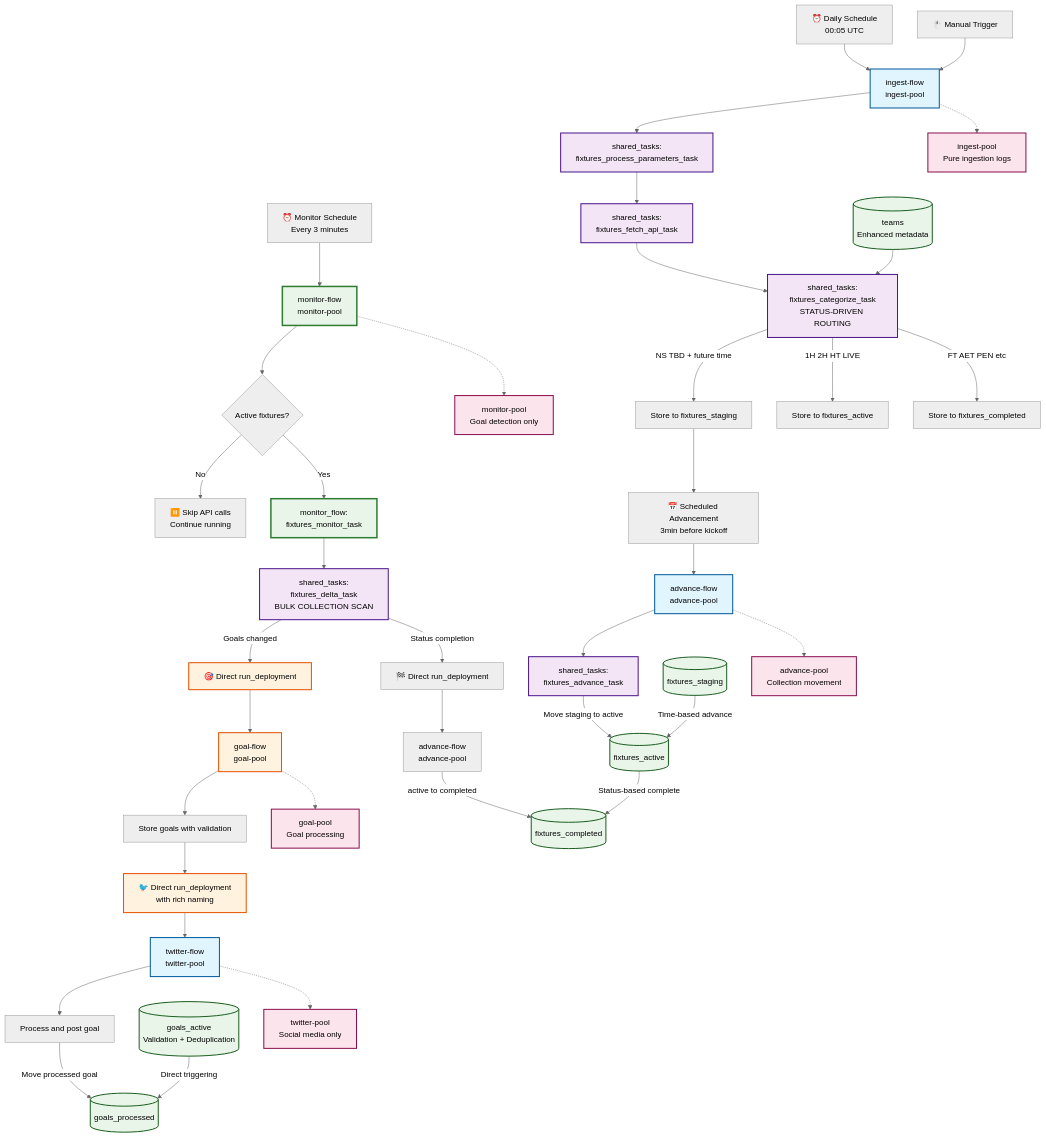
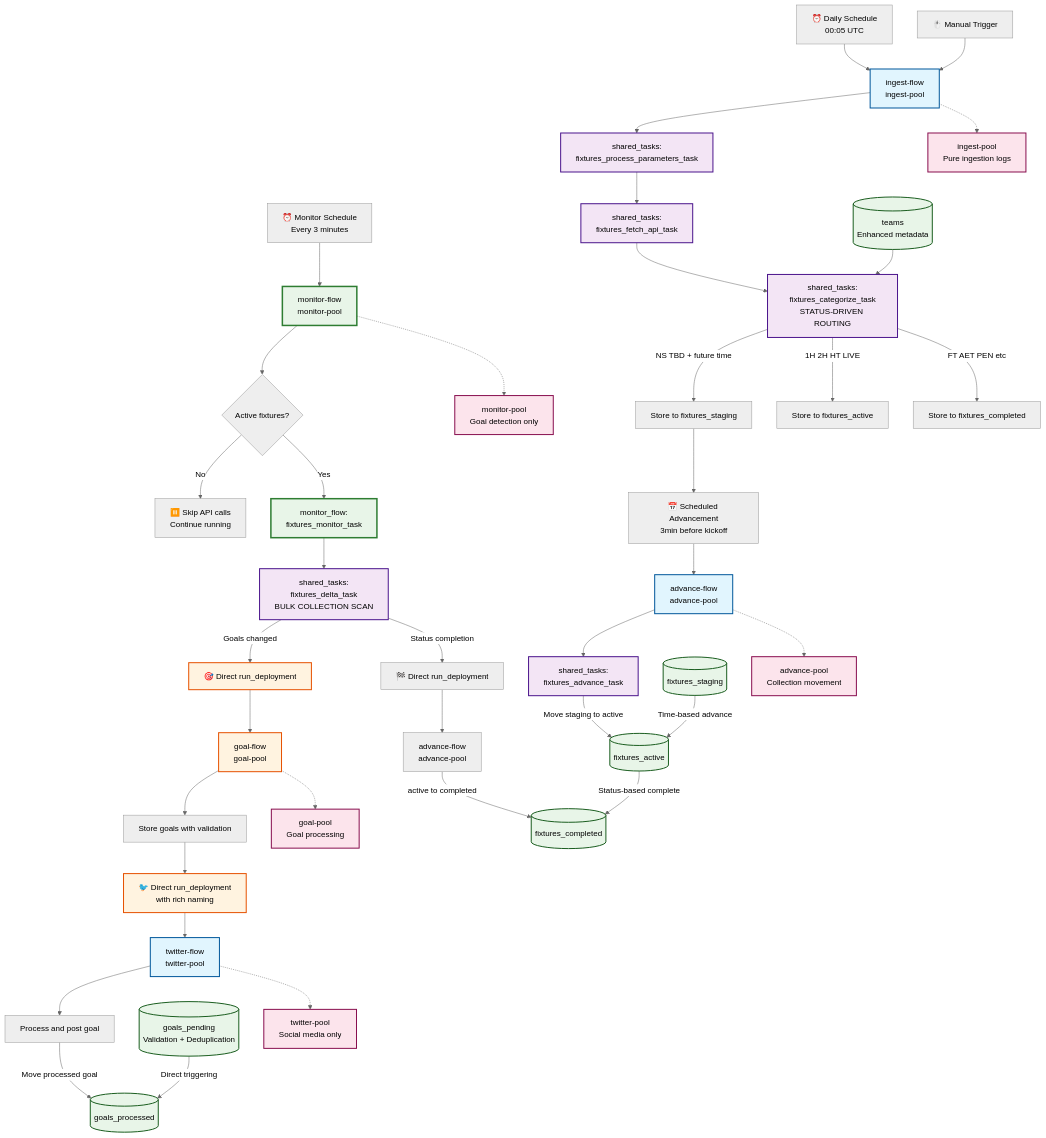
One commit to vedantadhobley/found-footy changed the first of 2 diagrams in README.md. Above: the diagram before and after it, drawn with Mermaid (neutral theme). The commit also changed other lines of this file and 4 other files, not shown here.

Commit message:
Cleanup for new flow pattern.

````diff
--- a/README.md
+++ b/README.md
@@ -21,70 +21,70 @@
 ```mermaid
 graph TB
     %% External Triggers
     Daily[⏰ Daily Schedule<br/>00:05 UTC] --> IF[ingest-flow<br/>ingest-pool]
     Monitor[⏰ Monitor Schedule<br/>Every 3 minutes] --> MF[monitor-flow<br/>monitor-pool]
     Manual[🖱️ Manual Trigger] --> IF
     
     %% Ingest Flow Domain - Status-Based Routing
     IF --> ST1[shared_tasks:<br/>fixtures_process_parameters_task]
     ST1 --> ST2[shared_tasks:<br/>fixtures_fetch_api_task]
     ST2 --> ST3[shared_tasks:<br/>fixtures_categorize_task<br/>STATUS-DRIVEN ROUTING]
     ST3 --> |NS TBD + future time| STAGING[Store to fixtures_staging]
     ST3 --> |1H 2H HT LIVE| ACTIVE[Store to fixtures_active]
     ST3 --> |FT AET PEN etc| COMPLETED[Store to fixtures_completed]
     
     %% Advance Flow Domain
     STAGING --> SCHED[📅 Scheduled Advancement<br/>3min before kickoff]
     SCHED --> AF[advance-flow<br/>advance-pool]
     AF --> ST4[shared_tasks:<br/>fixtures_advance_task]
     ST4 --> |Move staging to active| FA[(fixtures_active)]
     
     %% Monitor Flow Domain - Dedicated Pool
     MF --> CHECK{Active fixtures?}
     CHECK -->|No| SKIP[⏸️ Skip API calls<br/>Continue running]
     CHECK -->|Yes| MT[monitor_flow:<br/>fixtures_monitor_task]
     MT --> ST5[shared_tasks:<br/>fixtures_delta_task<br/>BULK COLLECTION SCAN]
     ST5 --> |Goals changed| GOAL_TRIGGER[🎯 Direct run_deployment]
     ST5 --> |Status completion| COMP_TRIGGER[🏁 Direct run_deployment]
     
     %% Goal Flow Domain - Direct Triggering
     GOAL_TRIGGER --> GF[goal-flow<br/>goal-pool]
     GF --> STORE_GOAL[Store goals with validation]
     STORE_GOAL --> TWITTER_TRIGGER[🐦 Direct run_deployment<br/>with rich naming]
     
     %% Twitter Flow Domain
     TWITTER_TRIGGER --> TF[twitter-flow<br/>twitter-pool]
     TF --> PROCESS[Process and post goal]
     PROCESS --> |Move processed goal| GP[(goals_processed)]
     
     %% Completion Flow
     COMP_TRIGGER --> AF2[advance-flow<br/>advance-pool]
     AF2 --> |active to completed| FC[(fixtures_completed)]
     
     %% Data Collections
     FS[(fixtures_staging)] --> |Time-based advance| FA
     FA --> |Status-based complete| FC
-    GA[(goals_active<br/>Validation + Deduplication)] --> |Direct triggering| GP
+    GA[(goals_pending<br/>Validation + Deduplication)] --> |Direct triggering| GP
     TS[(teams<br/>Enhanced metadata)] --> ST3
     
     %% Worker Pool Isolation with Clear Logs
     IF -.-> POOL1[ingest-pool<br/>Pure ingestion logs]
     MF -.-> POOL2[monitor-pool<br/>Goal detection only]
     AF -.-> POOL3[advance-pool<br/>Collection movement]
     GF -.-> POOL4[goal-pool<br/>Goal processing]
     TF -.-> POOL5[twitter-pool<br/>Social media only]
     
     classDef ingest fill:#e1f5fe,stroke:#01579b,stroke-width:2px,color:#000
     classDef monitor fill:#e8f5e8,stroke:#2e7d32,stroke-width:3px,color:#000
     classDef goal fill:#fff3e0,stroke:#e65100,stroke-width:2px,color:#000
     classDef shared fill:#f3e5f5,stroke:#4a148c,stroke-width:2px,color:#000
     classDef collection fill:#e8f5e8,stroke:#1b5e20,stroke-width:2px,color:#000
     classDef pool fill:#fce4ec,stroke:#880e4f,stroke-width:2px,color:#000
     
     class IF,AF,TF ingest
     class MF,MT monitor
     class GF,TWITTER_TRIGGER,GOAL_TRIGGER goal
     class ST1,ST2,ST3,ST4,ST5 shared
     class FS,FA,FC,GA,GP,TS collection
     class POOL1,POOL2,POOL3,POOL4,POOL5 pool
 ```
````
